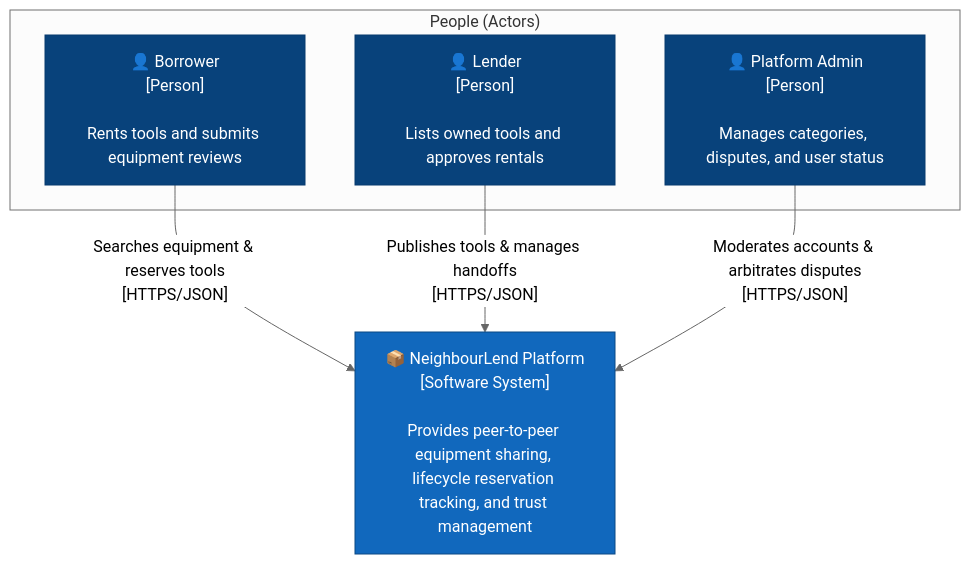
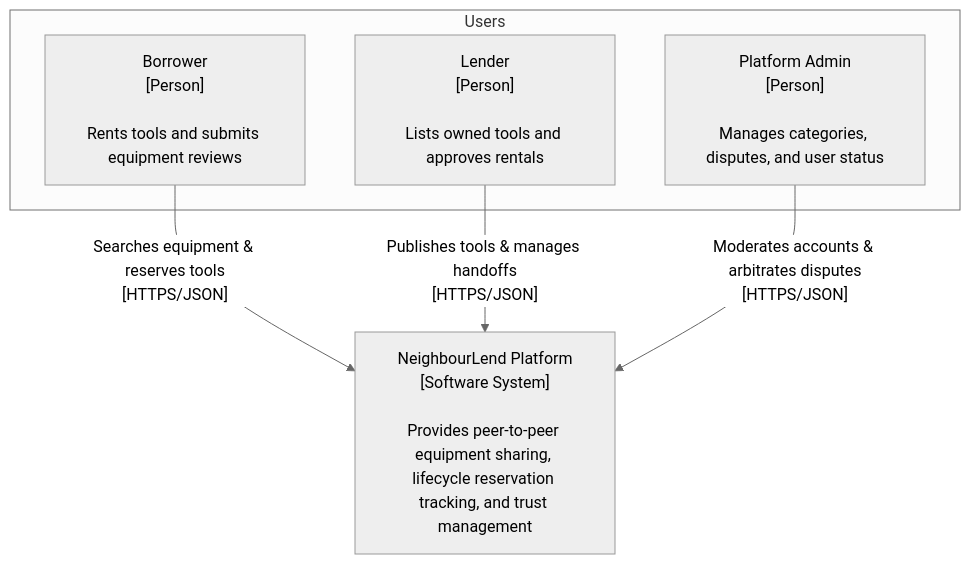
One commit to friera92/cen5064-project-flores changed the first of 4 diagrams in README.md. Above: the diagram before and after it, drawn with Mermaid (neutral theme). The commit also changed other lines of this file, not shown here.

First line of the commit message:
Revise diagrams and user roles in README

````diff
--- a/README.md
+++ b/README.md
@@ -49,19 +49,15 @@
 ```mermaid
 %% Replace this placeholder with YOUR system's context diagram.
 flowchart TB
-    %% Styling conforming to C4 Context standards
-    classDef person fill:#08427B,stroke:#073B6F,color:#ffffff;
-    classDef system fill:#1168BD,stroke:#0B4884,color:#ffffff;
-
-    subgraph Users ["People (Actors)"]
-        borrower["👤 Borrower<br/>[Person]<br/><br/>Rents tools and submits equipment reviews"]:::person
-        lender["👤 Lender<br/>[Person]<br/><br/>Lists owned tools and approves rentals"]:::person
-        admin["👤 Platform Admin<br/>[Person]<br/><br/>Manages categories, disputes, and user status"]:::person
+    subgraph Users ["Users"]
+        borrower["Borrower<br/>[Person]<br/><br/>Rents tools and submits equipment reviews"]:::person
+        lender["Lender<br/>[Person]<br/><br/>Lists owned tools and approves rentals"]:::person
+        admin["Platform Admin<br/>[Person]<br/><br/>Manages categories, disputes, and user status"]:::person
     end
 
-    neighbourlend["📦 NeighbourLend Platform<br/>[Software System]<br/><br/>Provides peer-to-peer equipment sharing, lifecycle reservation tracking, and trust management"]:::system
+    neighbourlend[" NeighbourLend Platform<br/>[Software System]<br/><br/>Provides peer-to-peer equipment sharing, lifecycle reservation tracking, and trust management"]:::system
 
     borrower -->|"Searches equipment & reserves tools<br/>[HTTPS/JSON]"| neighbourlend
     lender -->|"Publishes tools & manages handoffs<br/>[HTTPS/JSON]"| neighbourlend
     admin -->|"Moderates accounts & arbitrates disputes<br/>[HTTPS/JSON]"| neighbourlend
 ```
````
